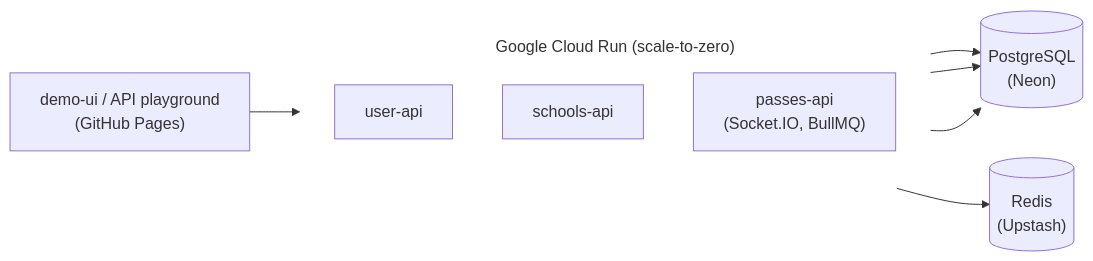
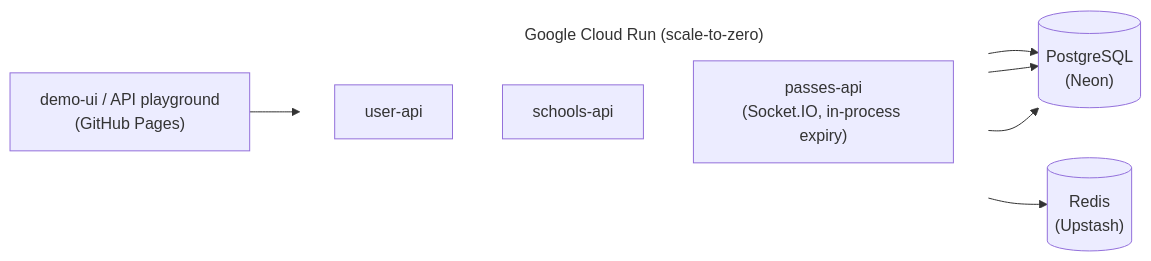
The diagram in docs/architecture.mmd (bkoch-16/hallpass-backend), drawn with Mermaid before and after one commit. The commit also changed 1 other file, not shown here.

```diff
--- a/docs/architecture.mmd
+++ b/docs/architecture.mmd
@@ -1,20 +1,20 @@
 flowchart LR
     demo["demo-ui / API playground<br/>(GitHub Pages)"]
 
     subgraph CloudRun["Google Cloud Run (scale-to-zero)"]
         direction TB
         user["user-api"]
         schools["schools-api"]
-        passes["passes-api<br/>(Socket.IO, BullMQ)"]
+        passes["passes-api<br/>(Socket.IO, in-process expiry)"]
     end
 
     pg[("PostgreSQL<br/>(Neon)")]
     redis[("Redis<br/>(Upstash)")]
 
     style CloudRun fill:none,stroke:none
 
     demo --> CloudRun
     user --> pg
     schools --> pg
     passes --> pg
     passes --> redis
```
